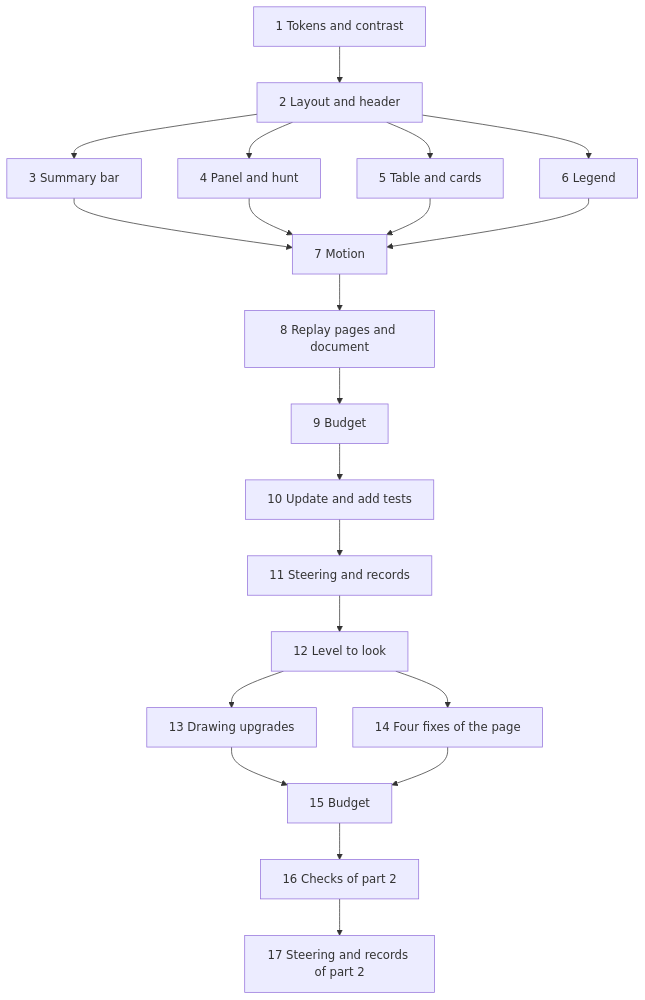
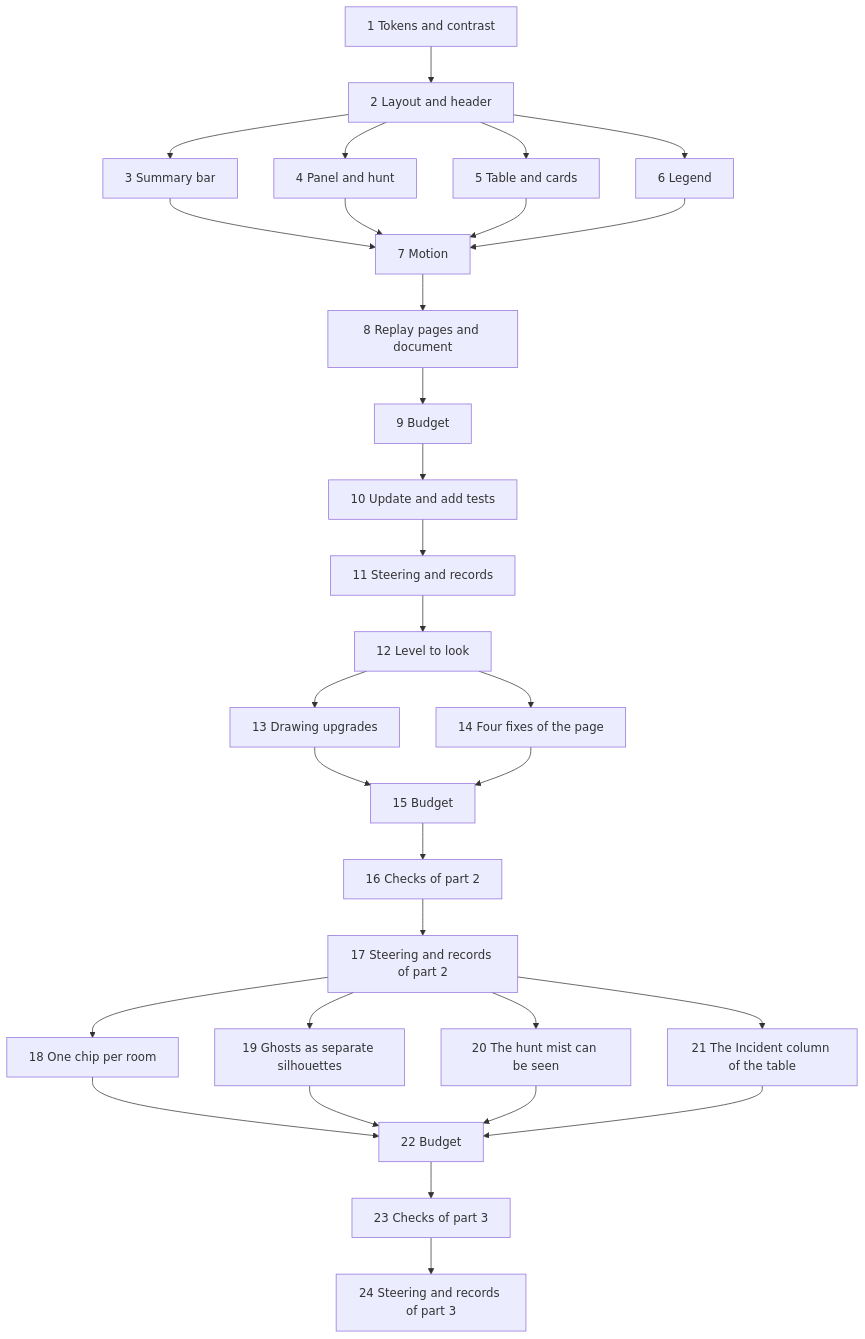
The diagram in .kiro/specs/visual-refresh/tasks.md (Akar-Samudra-Artifisial/Haunted-Ops), drawn with Mermaid before and after one commit. The commit also changed other lines of this file and 25 other files, not shown here.

First line of the commit message:
feat(web): one chip per room, spaced ghosts, visible hunt mist

````diff
--- a/.kiro/specs/visual-refresh/tasks.md
+++ b/.kiro/specs/visual-refresh/tasks.md
@@ -136,23 +176,33 @@
 ```mermaid
 graph TD
   T1[1 Tokens and contrast] --> T2[2 Layout and header]
   T2 --> T3[3 Summary bar]
   T2 --> T4[4 Panel and hunt]
   T2 --> T5[5 Table and cards]
   T2 --> T6[6 Legend]
   T3 --> T7[7 Motion]
   T4 --> T7
   T5 --> T7
   T6 --> T7
   T7 --> T8[8 Replay pages and document]
   T8 --> T9[9 Budget]
   T9 --> T10[10 Update and add tests]
   T10 --> T11[11 Steering and records]
   T11 --> T12[12 Level to look]
   T12 --> T13[13 Drawing upgrades]
   T12 --> T14[14 Four fixes of the page]
   T13 --> T15[15 Budget]
   T14 --> T15
   T15 --> T16[16 Checks of part 2]
   T16 --> T17[17 Steering and records of part 2]
+  T17 --> T18[18 One chip per room]
+  T17 --> T19[19 Ghosts as separate silhouettes]
+  T17 --> T20[20 The hunt mist can be seen]
+  T17 --> T21[21 The Incident column of the table]
+  T18 --> T22[22 Budget]
+  T19 --> T22
+  T20 --> T22
+  T21 --> T22
+  T22 --> T23[23 Checks of part 3]
+  T23 --> T24[24 Steering and records of part 3]
 ```
````
